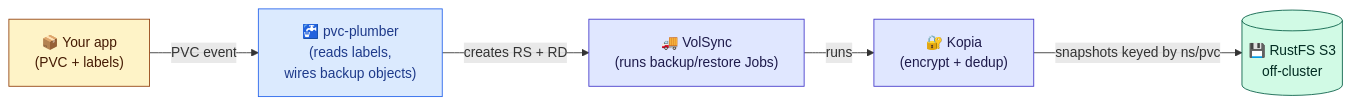
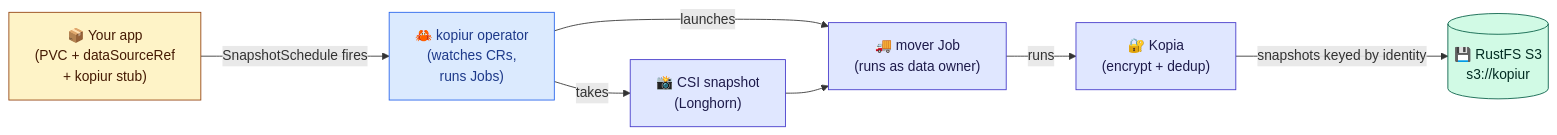
The second of 5 diagrams in docs/storage-architecture.md (mitchross/talos-argocd-proxmox), drawn with Mermaid before and after one commit. The commit also changed other lines of this file, not shown here.

````diff
--- a/docs/storage-architecture.md
+++ b/docs/storage-architecture.md
@@ -180,22 +220,25 @@
 ```mermaid
 flowchart LR
-    APP["📦 Your app<br/>(PVC + labels)"]
-    OP["🚰 pvc-plumber<br/>(reads labels,<br/>wires backup objects)"]
-    VS["🚚 VolSync<br/>(runs backup/restore Jobs)"]
+    APP["📦 Your app<br/>(PVC + dataSourceRef<br/>+ kopiur stub)"]
+    OP["🦀 kopiur operator<br/>(watches CRs,<br/>runs Jobs)"]
+    SNAP["📸 CSI snapshot<br/>(Longhorn)"]
+    MV["🚚 mover Job<br/>(runs as data owner)"]
     KO["🔐 Kopia<br/>(encrypt + dedup)"]
-    S3[("💾 RustFS S3<br/>off-cluster")]
+    S3[("💾 RustFS S3<br/>s3://kopiur")]
 
-    APP -->|"PVC event"| OP
-    OP -->|"creates RS + RD"| VS
-    VS -->|"runs"| KO
-    KO -->|"snapshots keyed by ns/pvc"| S3
+    APP -->|"SnapshotSchedule fires"| OP
+    OP -->|"takes"| SNAP
+    OP -->|"launches"| MV
+    SNAP --> MV
+    MV -->|"runs"| KO
+    KO -->|"snapshots keyed by identity"| S3
 
     classDef app fill:#fef3c7,stroke:#92400e,color:#451a03;
     classDef gate fill:#dbeafe,stroke:#2563eb,color:#1e3a8a;
     classDef worker fill:#e0e7ff,stroke:#4338ca,color:#1e1b4b;
     classDef store fill:#d1fae5,stroke:#065f46,color:#022c22;
     class APP app;
     class OP gate;
-    class VS,KO worker;
+    class SNAP,MV,KO worker;
     class S3 store;
 ```
````
